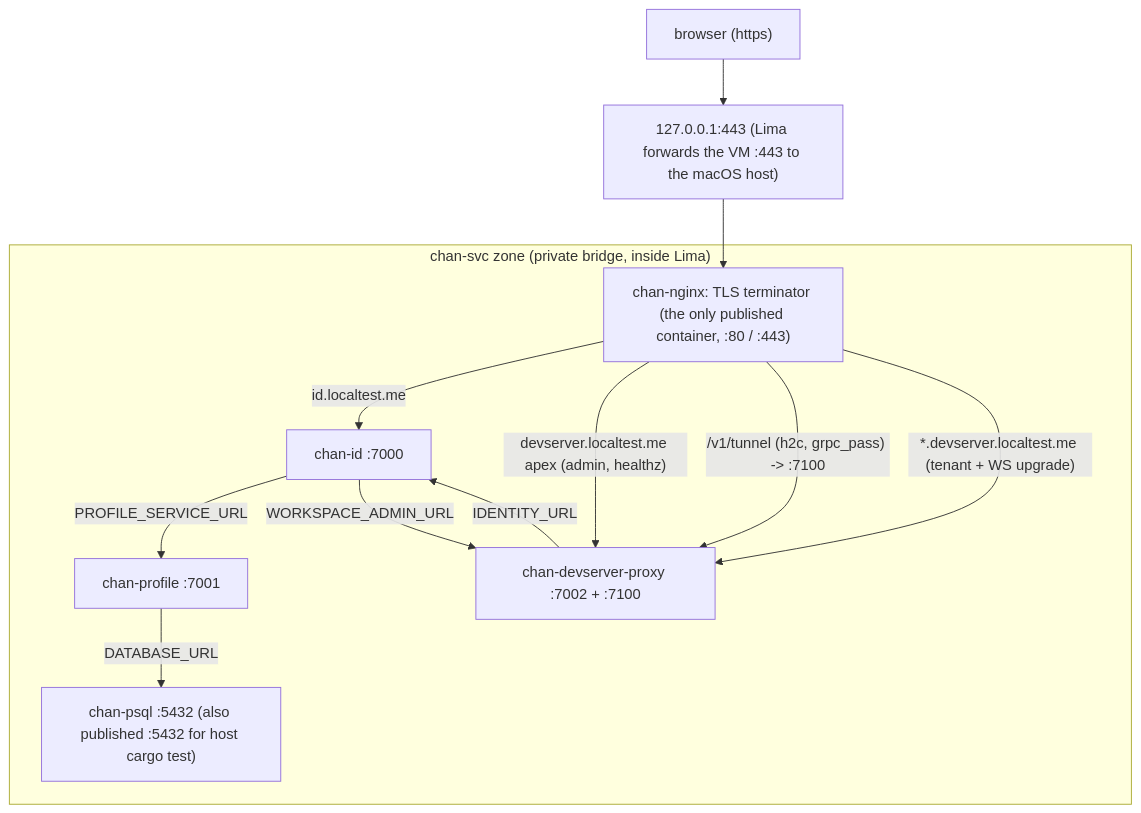
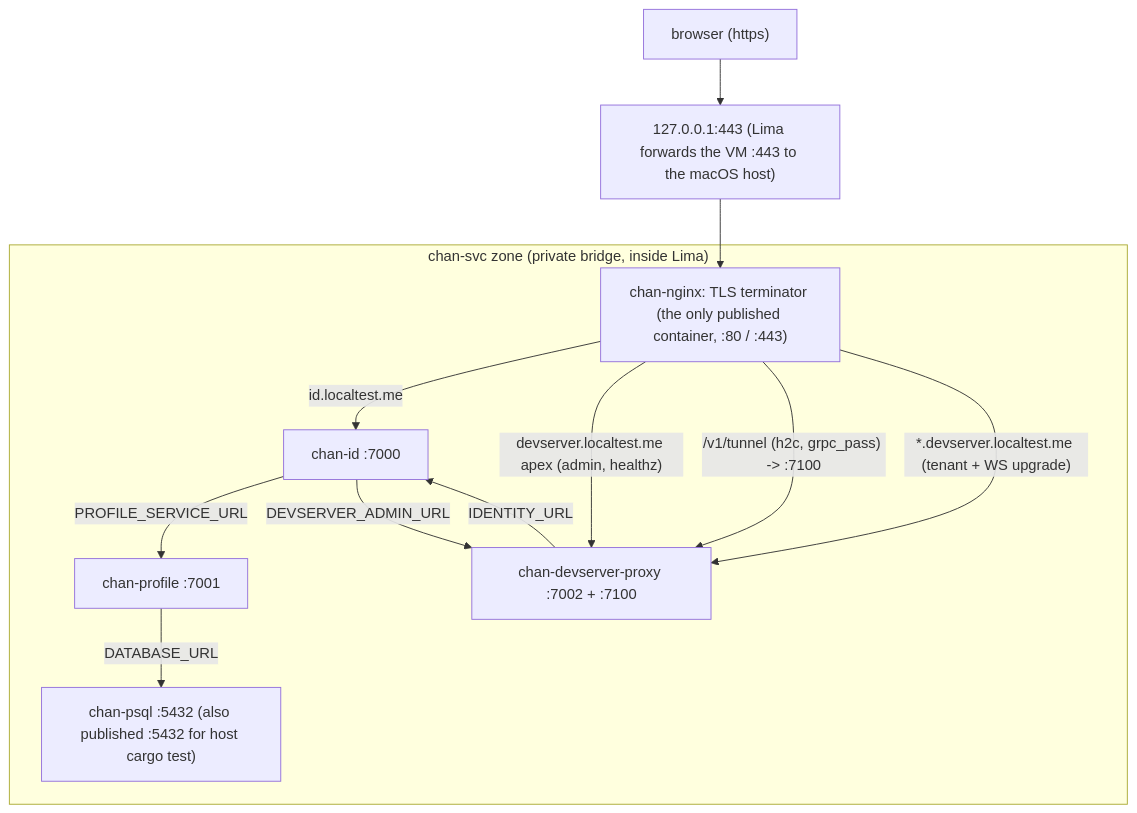
The diagram in gateway/docs/dev-setup.md (likewhatevs/chan), drawn with Mermaid before and after one commit. The commit also changed other lines of this file and 38 other files, not shown here.

````diff
--- a/gateway/docs/dev-setup.md
+++ b/gateway/docs/dev-setup.md
@@ -15,25 +15,25 @@
 ```mermaid
 flowchart TD
     browser["browser (https)"]
     lima["127.0.0.1:443 (Lima forwards the VM :443 to the macOS host)"]
     browser --> lima
 
     subgraph zone["chan-svc zone (private bridge, inside Lima)"]
         nginx["chan-nginx: TLS terminator (the only published container, :80 / :443)"]
         chanid["chan-id :7000"]
         profile["chan-profile :7001"]
         proxy["chan-devserver-proxy :7002 + :7100"]
         psql["chan-psql :5432 (also published :5432 for host cargo test)"]
     end
 
     lima --> nginx
     nginx -->|"id.localtest.me"| chanid
     nginx -->|"devserver.localtest.me apex (admin, healthz)"| proxy
     nginx -->|"/v1/tunnel (h2c, grpc_pass) -> :7100"| proxy
     nginx -->|"*.devserver.localtest.me (tenant + WS upgrade)"| proxy
 
     chanid -->|"PROFILE_SERVICE_URL"| profile
-    chanid -->|"WORKSPACE_ADMIN_URL"| proxy
+    chanid -->|"DEVSERVER_ADMIN_URL"| proxy
     proxy -->|"IDENTITY_URL"| chanid
     profile -->|"DATABASE_URL"| psql
 ```
````
